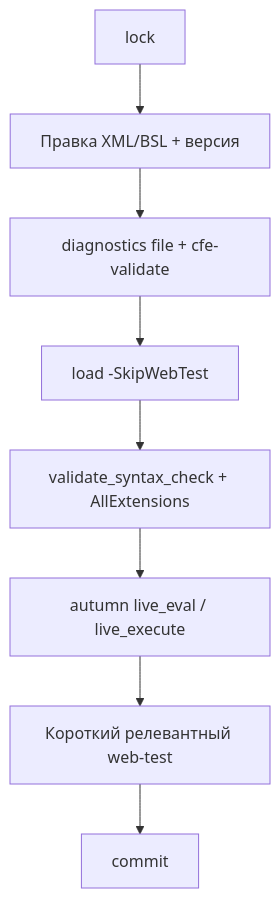
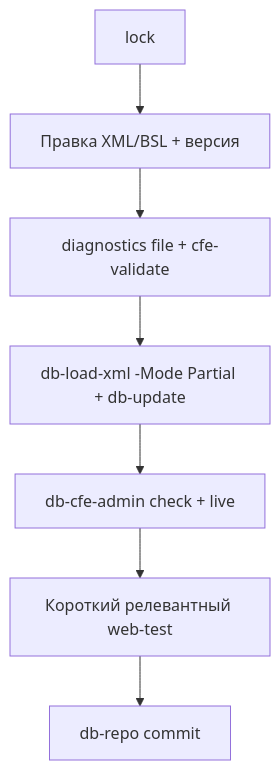
Before and after one commit to artkudr/1c-ninja-kit: the diagram in profile/skills/repo-workflow/SKILL.md, drawn with Mermaid. The commit also changed other lines of this file and 334 other files, not shown here.

````diff
--- a/profile/skills/repo-workflow/SKILL.md
+++ b/profile/skills/repo-workflow/SKILL.md
@@ -83,10 +63,9 @@
 ```mermaid
 flowchart TD
   lock[lock] --> edit[Правка XML/BSL + версия]
   edit --> d1[diagnostics file + cfe-validate]
-  d1 --> load["load -SkipWebTest"]
-  load --> syn[validate_syntax_check + AllExtensions]
-  syn --> live[autumn live_eval / live_execute]
-  live --> web[Короткий релевантный web-test]
-  web --> commit[commit]
+  d1 --> load["db-load-xml -Mode Partial + db-update"]
+  load --> syn[db-cfe-admin check + live]
+  syn --> web[Короткий релевантный web-test]
+  web --> commit[db-repo commit]
 ```
````
